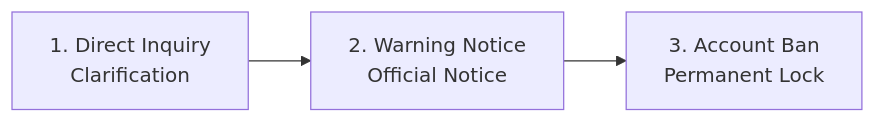
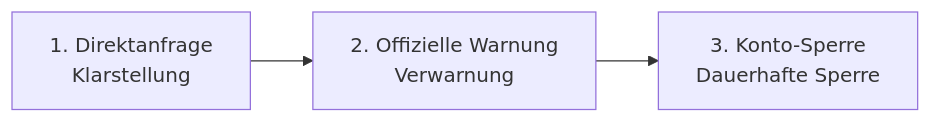
One commit to hbrns/voltfracht-wiki changed the diagram in docs/de/economy/fair-play.md. Above: the diagram before and after it, drawn with Mermaid. The commit also changed other lines of this file and 22 other files, not shown here.

````diff
--- a/docs/de/economy/fair-play.md
+++ b/docs/de/economy/fair-play.md
@@ -76,8 +112,8 @@
 ```mermaid
 graph LR
-    A["1. Direct Inquiry<br>Clarification"]
-    B["2. Warning Notice<br>Official Notice"]
-    C["3. Account Ban<br>Permanent Lock"]
+    A["1. Direktanfrage<br>Klarstellung"]
+    B["2. Offizielle Warnung<br>Verwarnung"]
+    C["3. Konto-Sperre<br>Dauerhafte Sperre"]
     
     A --> B --> C
 ```
````
